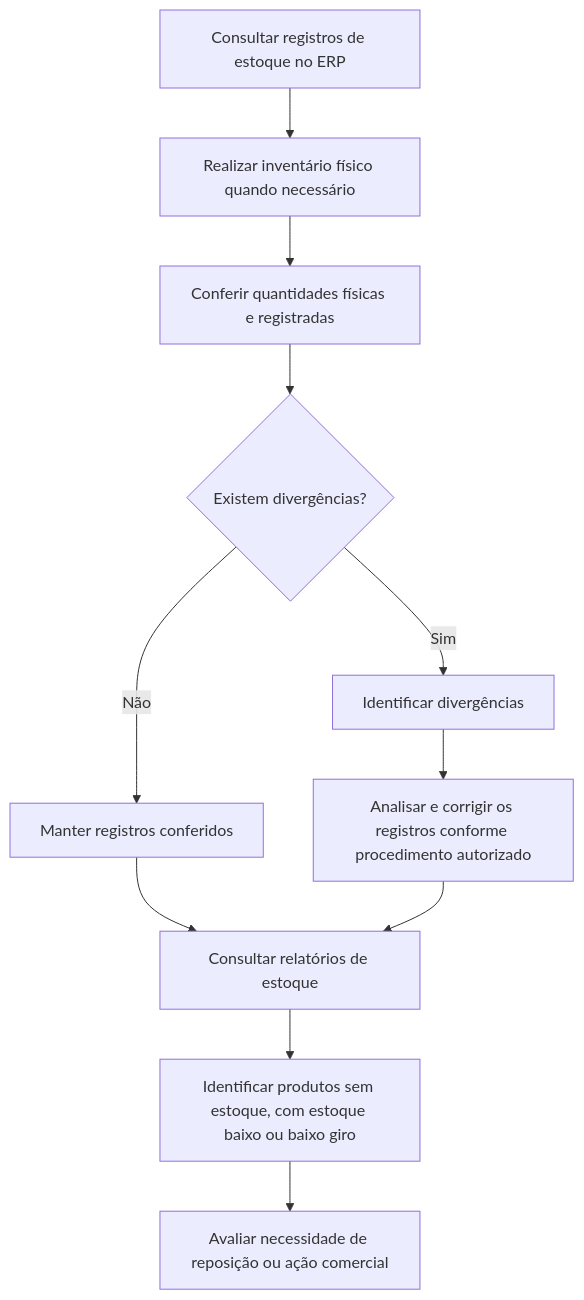
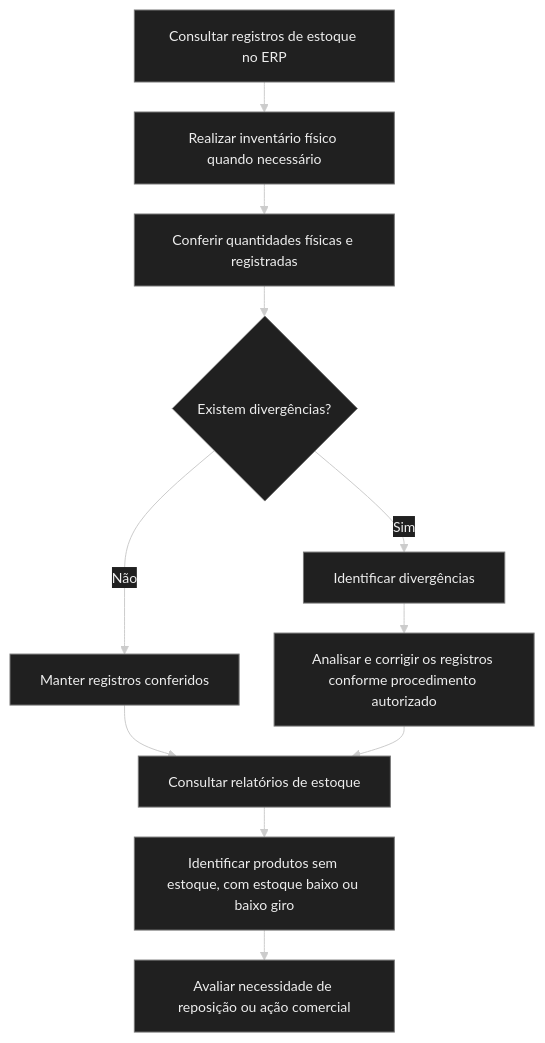
Before and after one commit to SamanthaPaula/Modelagem_BD_Ansarah: the second of 16 diagrams in README.md, drawn with Mermaid. The commit also changed other lines of this file, not shown here.

````diff
--- a/README.md
+++ b/README.md
@@ -120,15 +120,15 @@
 ```mermaid
-
+%%{init: {"theme": "base", "themeVariables": {"background": "#0d1117", "primaryColor": "#202020", "primaryTextColor": "#eeeeee", "primaryBorderColor": "#777777", "lineColor": "#cccccc", "fontFamily": "Arial", "fontSize": "14px"}, "flowchart": {"useMaxWidth": true, "nodeSpacing": 35, "rankSpacing": 30, "htmlLabels": true}}}%%
 flowchart TD
     A["Consultar registros de estoque no ERP"] --> B["Realizar inventário físico quando necessário"]
     B --> C["Conferir quantidades físicas e registradas"]
     C --> D{"Existem divergências?"}
     D -- "Não" --> E["Manter registros conferidos"]
     D -- "Sim" --> F["Identificar divergências"]
     F --> G["Analisar e corrigir os registros conforme procedimento autorizado"]
     E --> H["Consultar relatórios de estoque"]
     G --> H
     H --> I["Identificar produtos sem estoque, com estoque baixo ou baixo giro"]
     I --> J["Avaliar necessidade de reposição ou ação comercial"]
 
 ```
````
